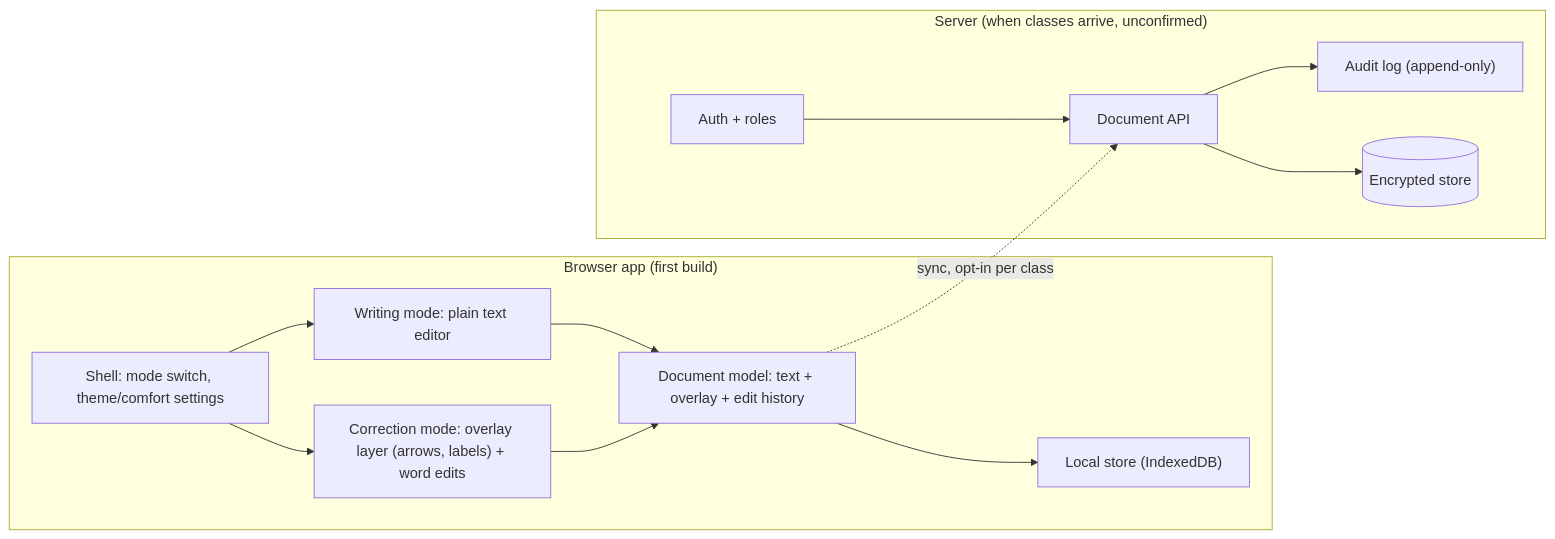
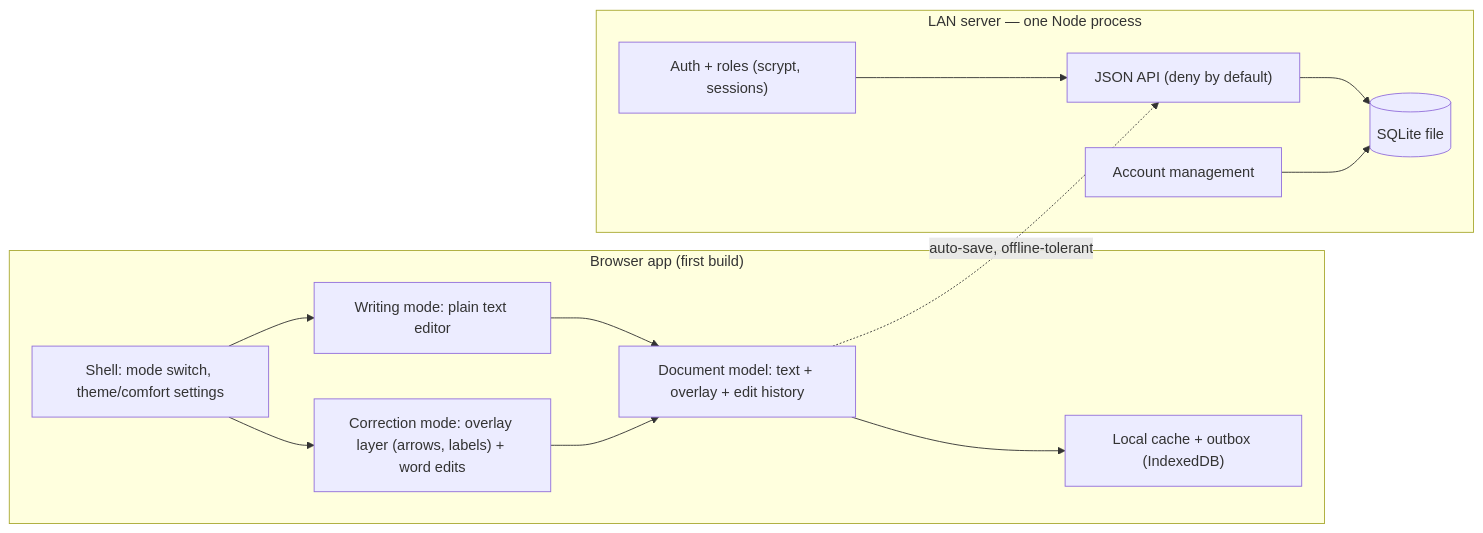
The first of 4 diagrams in architecture.md (Zorkyx22/flechettes), drawn with Mermaid before and after one commit. The commit also changed other lines of this file and 5 other files, not shown here.

Commit message:
Update specs for LAN deployment, auth and roles; ignore runtime db

````diff
--- a/architecture.md
+++ b/architecture.md
@@ -17,24 +17,24 @@
 ```mermaid
 flowchart LR
   subgraph Browser["Browser app (first build)"]
     UI["Shell: mode switch, theme/comfort settings"]
     W["Writing mode: plain text editor"]
     C["Correction mode: overlay layer (arrows, labels) + word edits"]
     D["Document model: text + overlay + edit history"]
-    S["Local store (IndexedDB)"]
+    S["Local cache + outbox (IndexedDB)"]
     UI --> W
     UI --> C
     W --> D
     C --> D
     D --> S
   end
-  subgraph Server["Server (when classes arrive, unconfirmed)"]
-    A["Auth + roles"]
-    API["Document API"]
-    AU["Audit log (append-only)"]
-    DB[("Encrypted store")]
+  subgraph Server["LAN server — one Node process"]
+    A["Auth + roles (scrypt, sessions)"]
+    API["JSON API (deny by default)"]
+    MG["Account management"]
+    DB[("SQLite file")]
     A --> API --> DB
-    API --> AU
+    MG --> DB
   end
-  D -. "sync, opt-in per class" .-> API
+  D -. "auto-save, offline-tolerant" .-> API
 ```
````
